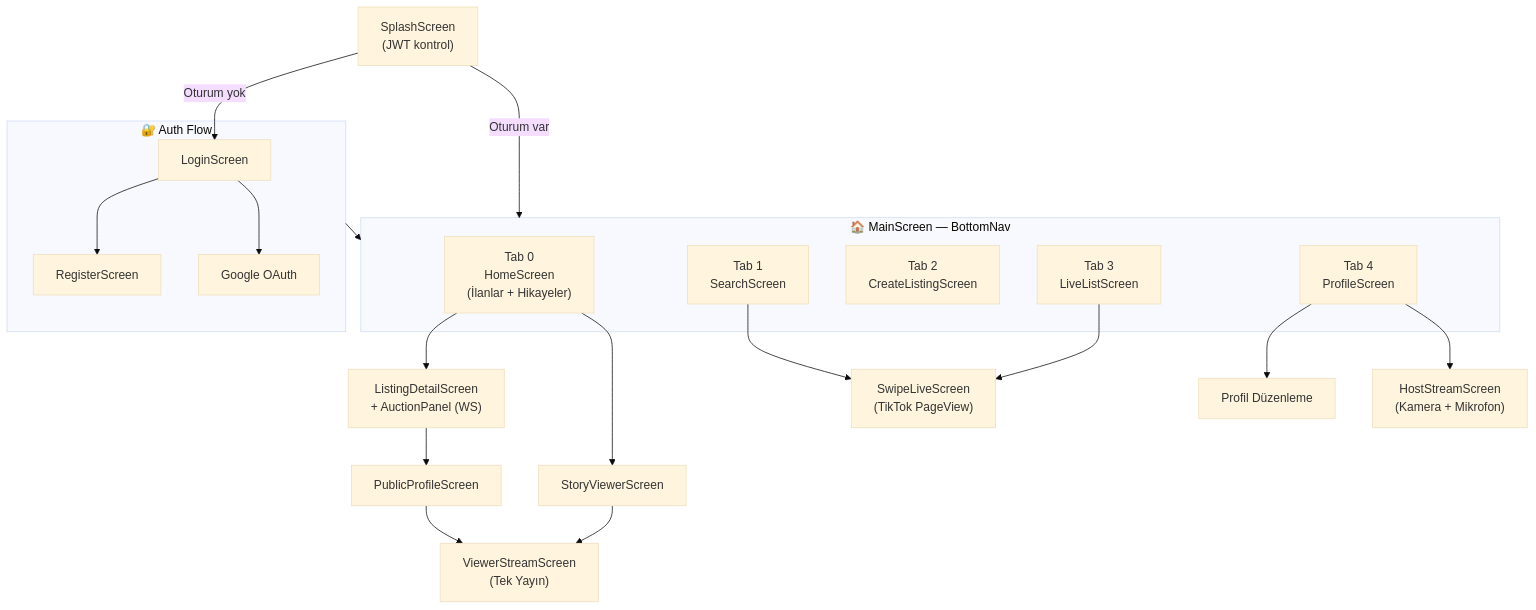
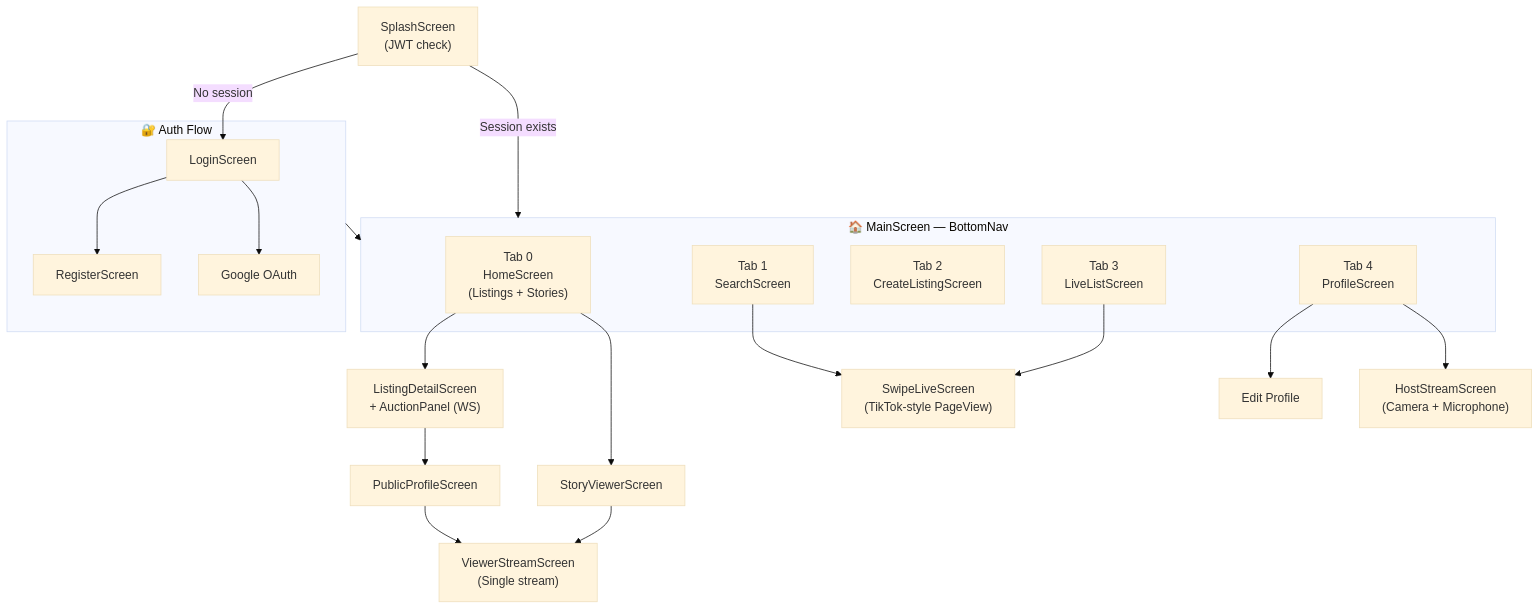
Before and after one commit to tucibeyin/teqlif: the seventh of 10 diagrams in README.md, drawn with Mermaid (base theme). The commit also changed other lines of this file, not shown here.

````diff
--- a/README.md
+++ b/README.md
@@ -411,32 +411,32 @@
 ```mermaid
 flowchart TD
-    SPLASH["SplashScreen\n(JWT kontrol)"]
+    SPLASH["SplashScreen\n(JWT check)"]
 
-    SPLASH -->|Oturum var| MAIN
-    SPLASH -->|Oturum yok| LOGIN
+    SPLASH -->|Session exists| MAIN
+    SPLASH -->|No session| LOGIN
 
     subgraph AUTH["🔐 Auth Flow"]
         LOGIN["LoginScreen"] --> REG["RegisterScreen"]
         LOGIN --> GOOGLE["Google OAuth"]
     end
 
     AUTH --> MAIN
 
     subgraph MAIN["🏠 MainScreen — BottomNav"]
-        HOME["Tab 0\nHomeScreen\n(İlanlar + Hikayeler)"]
+        HOME["Tab 0\nHomeScreen\n(Listings + Stories)"]
         SEARCH["Tab 1\nSearchScreen"]
         NEW["Tab 2\nCreateListingScreen"]
         LIVE["Tab 3\nLiveListScreen"]
         PROFILE["Tab 4\nProfileScreen"]
     end
 
     HOME --> DETAIL["ListingDetailScreen\n+ AuctionPanel (WS)"]
     HOME --> STORY["StoryViewerScreen"]
-    SEARCH --> SWIPE["SwipeLiveScreen\n(TikTok PageView)"]
+    SEARCH --> SWIPE["SwipeLiveScreen\n(TikTok-style PageView)"]
     LIVE --> SWIPE
-    PROFILE --> EDIT["Profil Düzenleme"]
-    PROFILE --> HOST["HostStreamScreen\n(Kamera + Mikrofon)"]
+    PROFILE --> EDIT["Edit Profile"]
+    PROFILE --> HOST["HostStreamScreen\n(Camera + Microphone)"]
     DETAIL --> PUBLIC["PublicProfileScreen"]
-    PUBLIC --> VIEWER["ViewerStreamScreen\n(Tek Yayın)"]
+    PUBLIC --> VIEWER["ViewerStreamScreen\n(Single stream)"]
     STORY --> VIEWER
 ```
````
